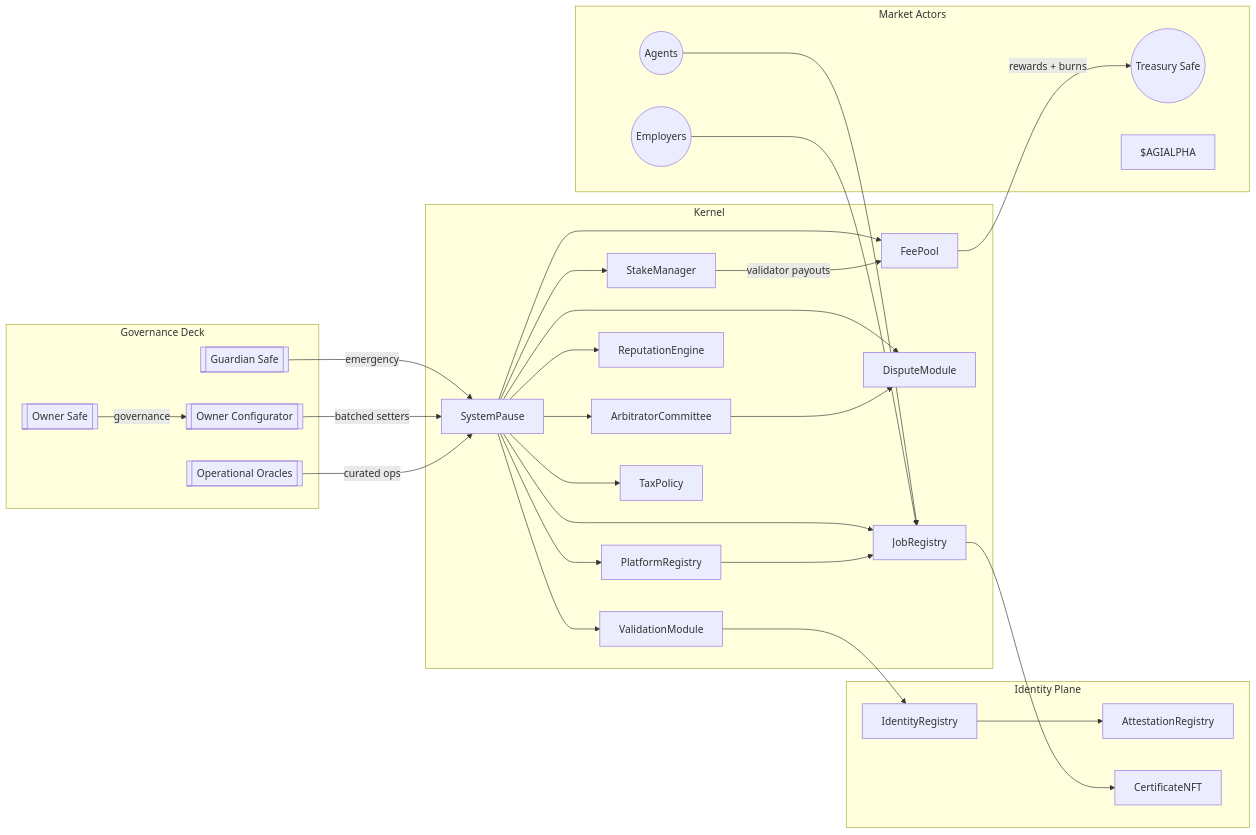
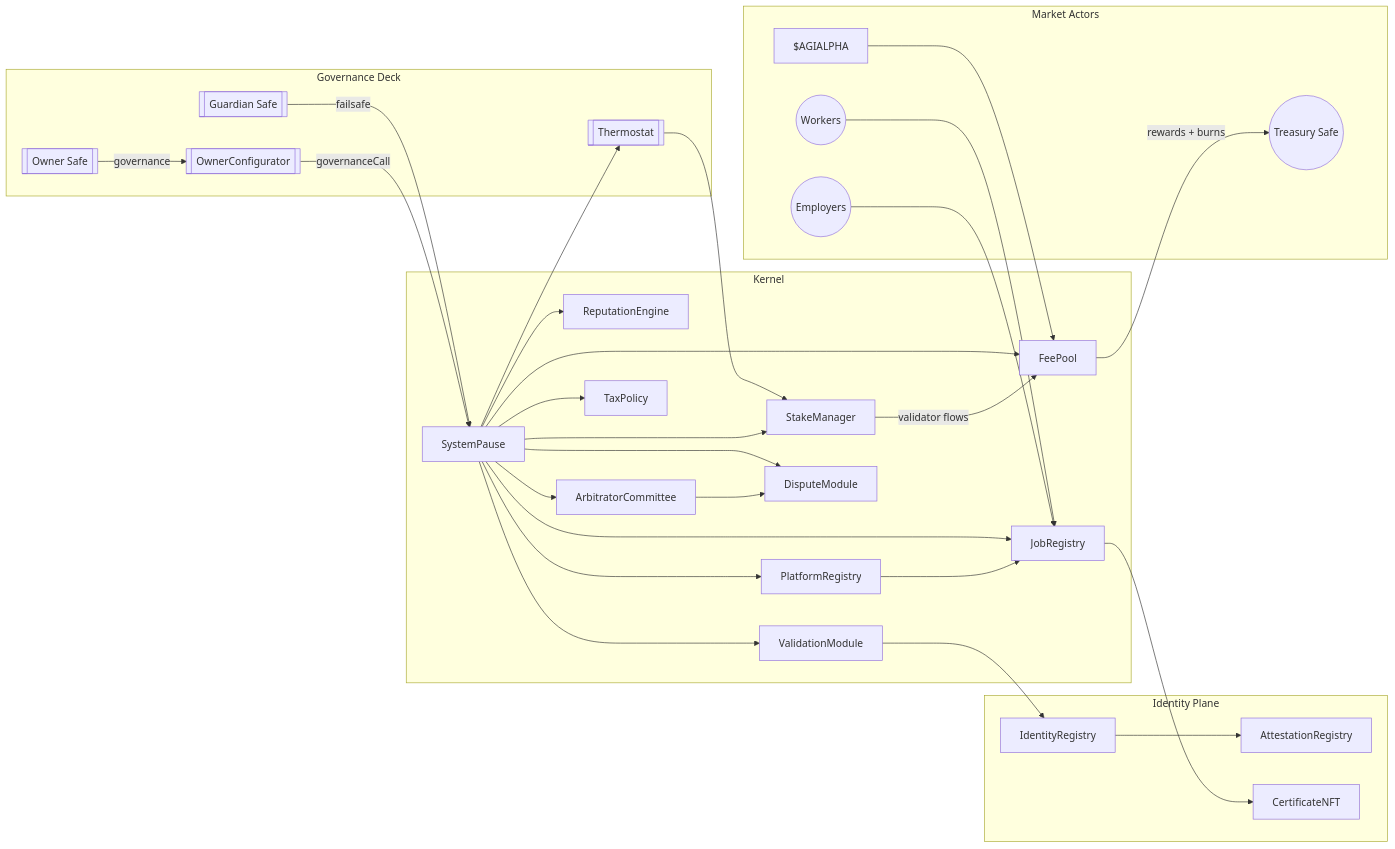
The third of 5 diagrams in hardhat/README.md (MontrealAI/agijobs-sovereign-labor-v0p1), drawn with Mermaid before and after one commit. The commit also changed other lines of this file, not shown here.

Commit message:
docs: refresh hardhat command deck

````diff
--- a/hardhat/README.md
+++ b/hardhat/README.md
@@ -107,47 +132,49 @@
 ```mermaid
 flowchart LR
-    subgraph Governance Deck
+    subgraph GovernanceDeck[Governance Deck]
         Owner[[Owner Safe]]
         Guardian[[Guardian Safe]]
-        Configurator[[Owner Configurator]]
-        Operators[[Operational Oracles]]
+        Configurator[[OwnerConfigurator]]
+        Thermo[[Thermostat]]
     end
-    subgraph Kernel
+    subgraph Kernel[Kernel]
         Pause[SystemPause]
         Jobs[JobRegistry]
         Stake[StakeManager]
         Valid[ValidationModule]
         Dispute[DisputeModule]
         Platform[PlatformRegistry]
         Fee[FeePool]
         Reputation[ReputationEngine]
         Committee[ArbitratorCommittee]
         Tax[TaxPolicy]
     end
-    subgraph Identity Plane
+    subgraph IdentityPlane[Identity Plane]
         Identity[IdentityRegistry]
         Attest[AttestationRegistry]
         Cert[CertificateNFT]
     end
-    subgraph Market Actors
-        Workers((Agents))
+    subgraph Markets[Market Actors]
+        Workers((Workers))
         Employers((Employers))
         Treasury((Treasury Safe))
         Token[$AGIALPHA]
     end
 
     Owner -->|governance| Configurator
-    Guardian -->|emergency| Pause
-    Configurator -->|batched setters| Pause
-    Operators -->|curated ops| Pause
+    Guardian -->|failsafe| Pause
+    Configurator -->|governanceCall| Pause
+    Pause --> Thermo
+    Thermo --> Stake
     Pause --> Jobs & Stake & Valid & Dispute & Platform & Fee & Reputation & Committee & Tax
     Jobs --> Cert
     Valid --> Identity
     Identity --> Attest
     Platform --> Jobs
     Fee -->|rewards + burns| Treasury
-    Stake -->|validator payouts| Fee
+    Stake -->|validator flows| Fee
     Committee --> Dispute
     Workers --> Jobs
     Employers --> Jobs
+    Token --> Fee
 ```
````
